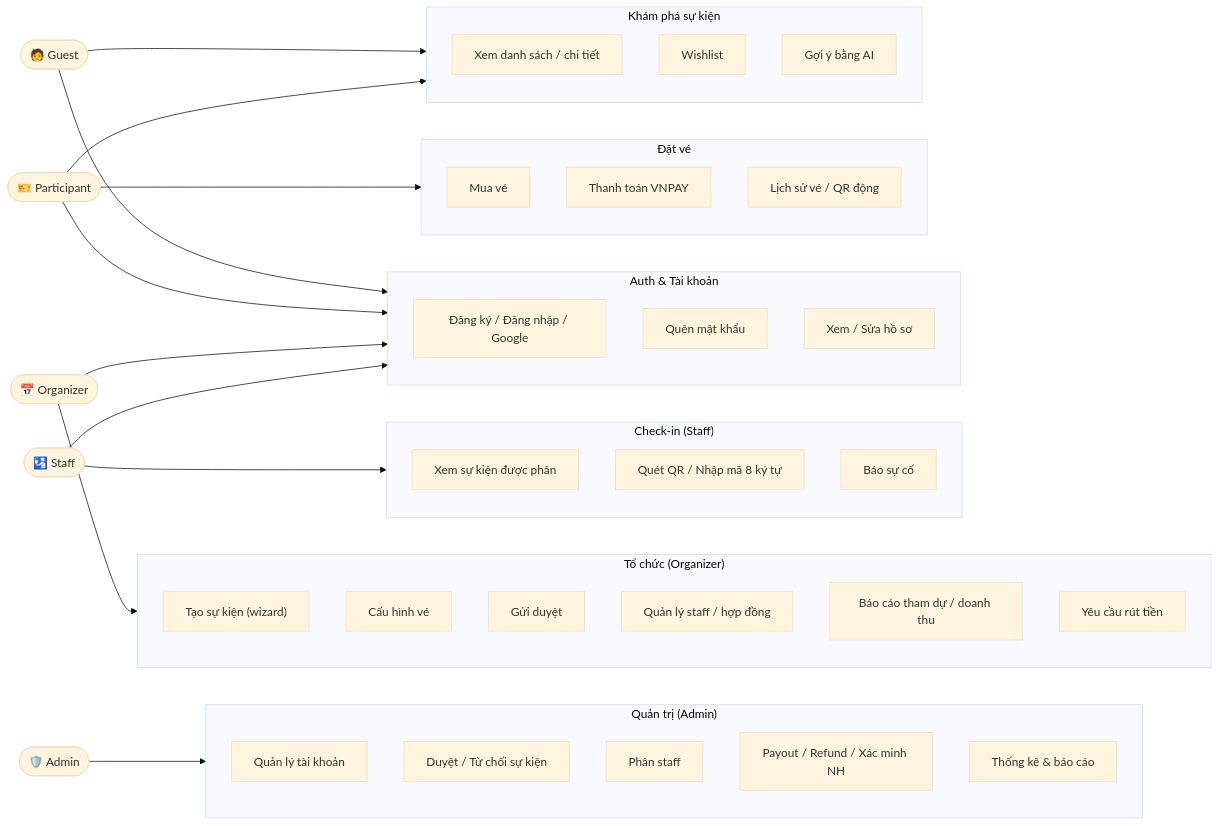
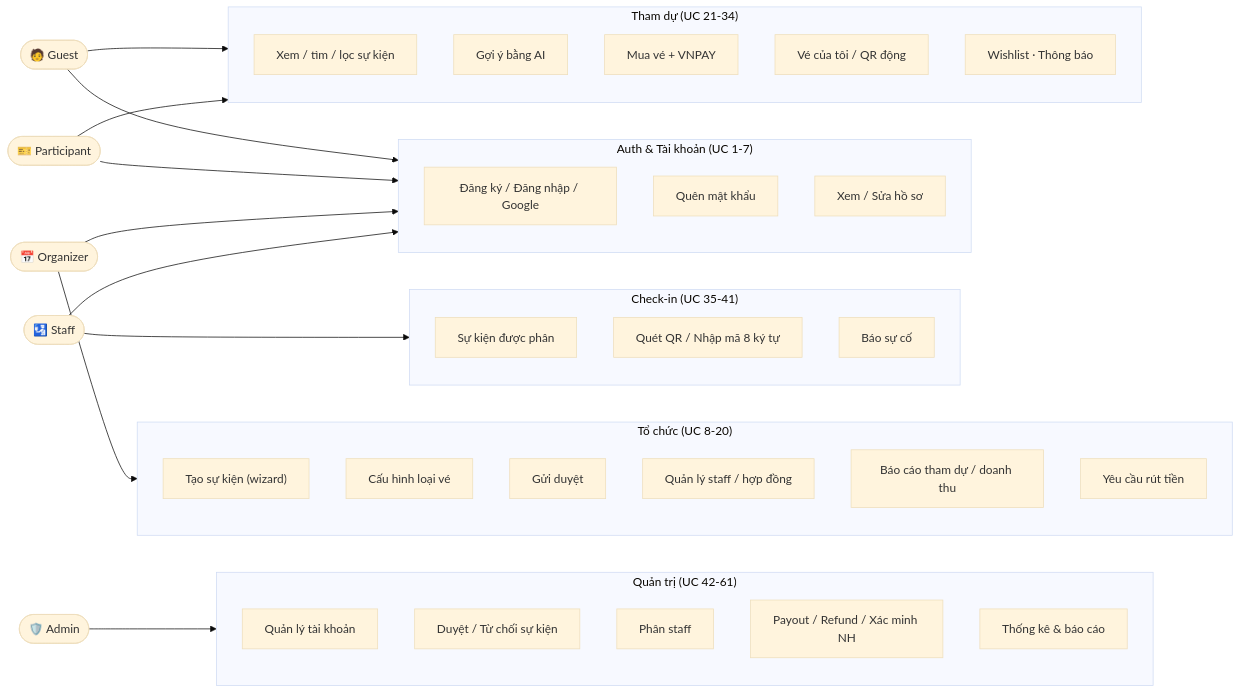
One commit to tunanhz/Event_Management changed the first of 3 diagrams in docs/business.md. Above: the diagram before and after it, drawn with Mermaid (base theme). The commit also changed other lines of this file and 12 other files, not shown here.

First line of the commit message:
docs: sync docs with organizer module & staff/FE state; rewrite business.md from SRS/SDS

````diff
--- a/docs/business.md
+++ b/docs/business.md
@@ -96,50 +127,47 @@
 ```mermaid
 flowchart LR
   GUEST(["🧑 Guest"])
   PART(["🎫 Participant"])
   ORG(["📅 Organizer"])
   STAFF(["🛂 Staff"])
   ADMIN(["🛡️ Admin"])
 
-  subgraph AUTH["Auth & Tài khoản"]
+  subgraph AUTH["Auth & Tài khoản (UC 1-7)"]
     A1["Đăng ký / Đăng nhập / Google"]
     A2["Quên mật khẩu"]
     A3["Xem / Sửa hồ sơ"]
   end
-  subgraph DISC["Khám phá sự kiện"]
-    D1["Xem danh sách / chi tiết"]
-    D2["Wishlist"]
-    D3["Gợi ý bằng AI"]
-  end
-  subgraph BOOK["Đặt vé"]
-    B1["Mua vé"]
-    B2["Thanh toán VNPAY"]
-    B3["Lịch sử vé / QR động"]
-  end
-  subgraph ORGM["Tổ chức (Organizer)"]
+  subgraph ORGM["Tổ chức (UC 8-20)"]
     O1["Tạo sự kiện (wizard)"]
-    O2["Cấu hình vé"]
+    O2["Cấu hình loại vé"]
     O3["Gửi duyệt"]
     O4["Quản lý staff / hợp đồng"]
     O5["Báo cáo tham dự / doanh thu"]
     O6["Yêu cầu rút tiền"]
   end
-  subgraph STAFFM["Check-in (Staff)"]
-    S1["Xem sự kiện được phân"]
+  subgraph PARTM["Tham dự (UC 21-34)"]
+    P1["Xem / tìm / lọc sự kiện"]
+    P2["Gợi ý bằng AI"]
+    P3["Mua vé + VNPAY"]
+    P4["Vé của tôi / QR động"]
+    P5["Wishlist · Thông báo"]
+  end
+  subgraph STAFFM["Check-in (UC 35-41)"]
+    S1["Sự kiện được phân"]
     S2["Quét QR / Nhập mã 8 ký tự"]
     S3["Báo sự cố"]
   end
-  subgraph ADMM["Quản trị (Admin)"]
+  subgraph ADMM["Quản trị (UC 42-61)"]
     M1["Quản lý tài khoản"]
     M2["Duyệt / Từ chối sự kiện"]
     M3["Phân staff"]
     M4["Payout / Refund / Xác minh NH"]
     M5["Thống kê & báo cáo"]
   end
 
-  GUEST --> AUTH & DISC
-  PART --> AUTH & DISC & BOOK
+  GUEST --> AUTH & PARTM
+  PART --> AUTH & PARTM
   ORG --> AUTH & ORGM
   STAFF --> AUTH & STAFFM
   ADMIN --> ADMM
 ```
````
